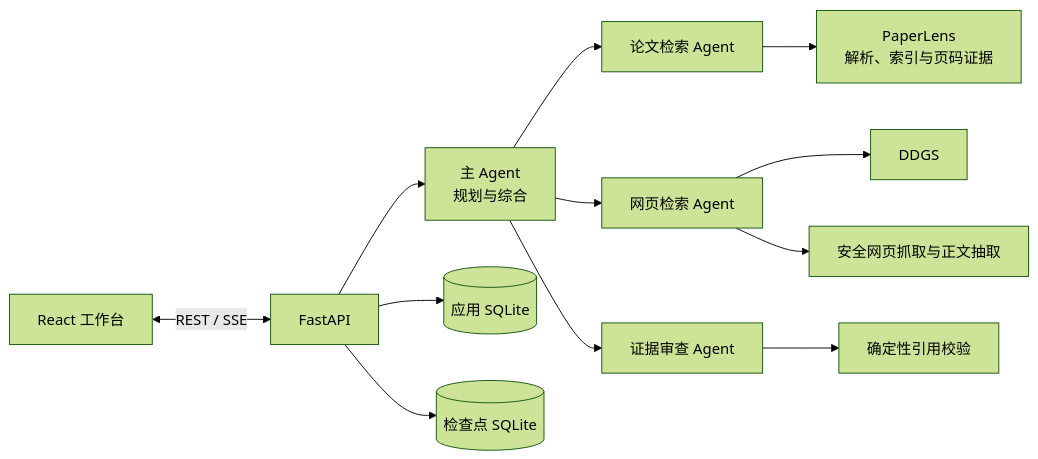
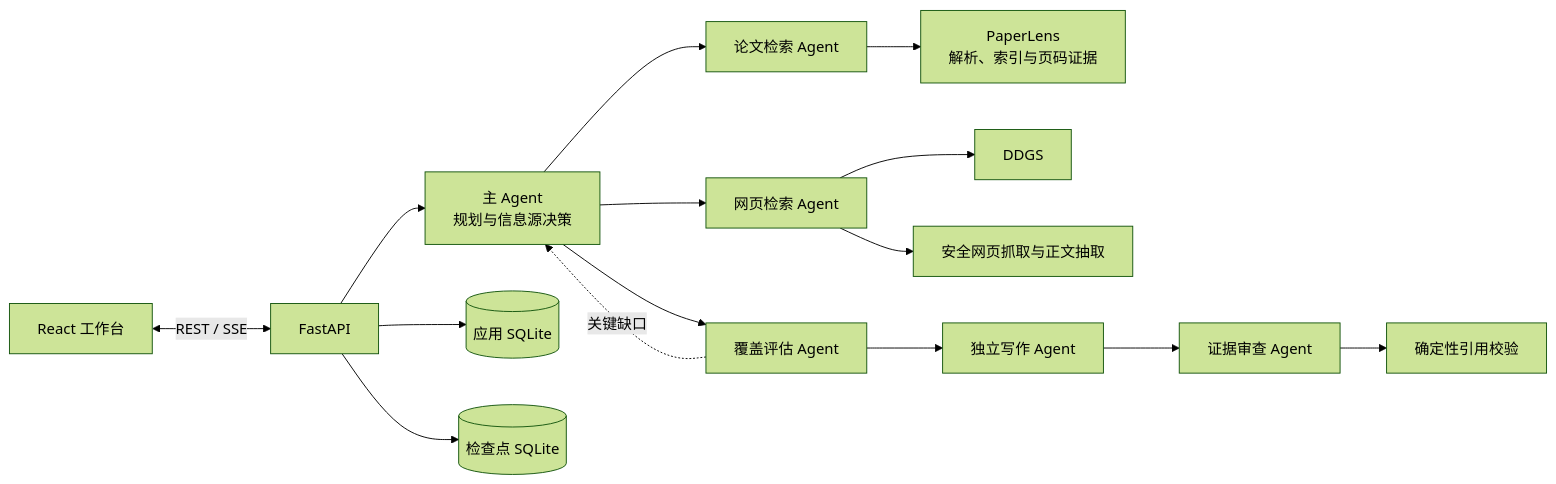
One commit to gdisx088/ResearchAgent changed the diagram in README.md. Above: the diagram before and after it, drawn with Mermaid (forest theme). The commit also changed other lines of this file and 15 other files, not shown here.

````diff
--- a/README.md
+++ b/README.md
@@ -25,14 +26,17 @@
 ```mermaid
 flowchart LR
     UI[React 工作台] <-->|REST / SSE| API[FastAPI]
-    API --> MAIN[主 Agent<br/>规划与综合]
+    API --> MAIN[主 Agent<br/>规划与信息源决策]
     MAIN --> LOCAL[论文检索 Agent]
     MAIN --> WEB[网页检索 Agent]
     LOCAL --> PL[PaperLens<br/>解析、索引与页码证据]
     WEB --> DDGS[DDGS]
     WEB --> PAGE[安全网页抓取与正文抽取]
-    MAIN --> CRITIC[证据审查 Agent]
+    MAIN --> COVERAGE[覆盖评估 Agent]
+    COVERAGE -.关键缺口.-> MAIN
+    COVERAGE --> WRITER[独立写作 Agent]
+    WRITER --> CRITIC[证据审查 Agent]
     CRITIC --> VALIDATE[确定性引用校验]
     API --> APPDB[(应用 SQLite)]
     API --> CHECKPOINT[(检查点 SQLite)]
 ```
````
